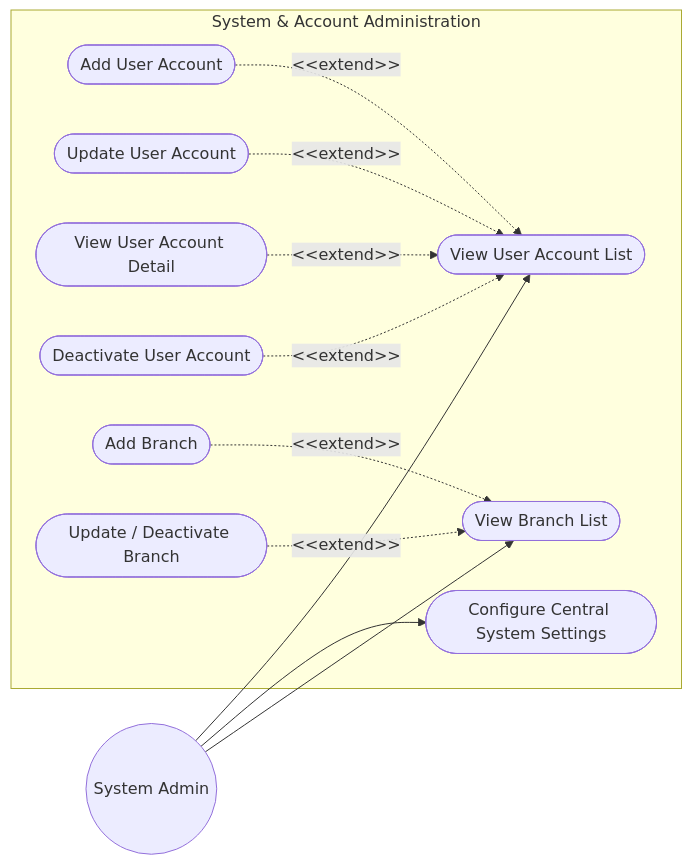
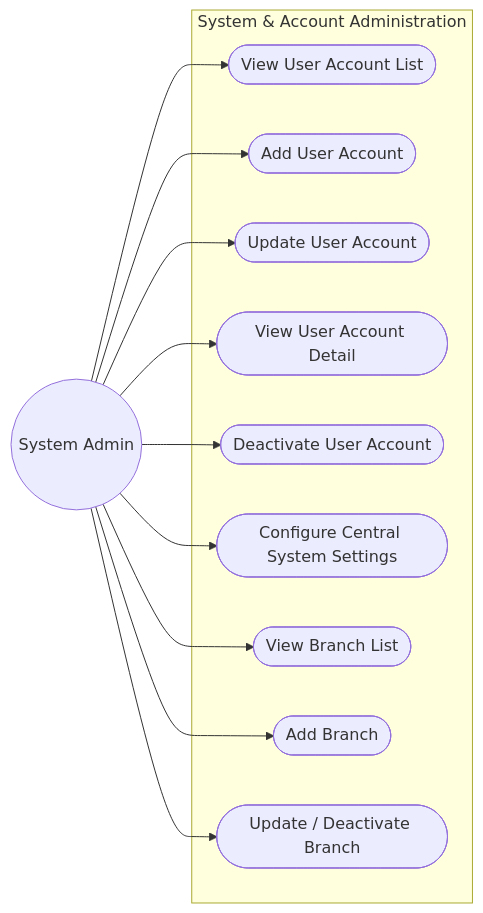
Before and after one commit to Shaichi/Khoga_coffe_shop: the fifth of 8 diagrams in sections/02_user_requirements.md, drawn with Mermaid. The commit also changed other lines of this file and 10 other files, not shown here.

````diff
--- a/sections/02_user_requirements.md
+++ b/sections/02_user_requirements.md
@@ -178,35 +189,33 @@
 ```mermaid
 graph LR
     %% Actors
     Actor_SysAdmin((System Admin))
 
     %% Use Cases
     subgraph System & Account Administration
         UC_ListUsers([View User Account List])
         UC_AddUser([Add User Account])
         UC_UpdateUser([Update User Account])
         UC_ViewUser([View User Account Detail])
         UC_DeactivateUser([Deactivate User Account])
 
         UC_ConfigCentral([Configure Central System Settings])
 
         UC_ListBranches([View Branch List])
         UC_AddBranch([Add Branch])
         UC_UpdateBranch([Update / Deactivate Branch])
     end
 
     %% System Admin Links
     Actor_SysAdmin --> UC_ListUsers
+    Actor_SysAdmin --> UC_AddUser
+    Actor_SysAdmin --> UC_UpdateUser
+    Actor_SysAdmin --> UC_ViewUser
+    Actor_SysAdmin --> UC_DeactivateUser
+
     Actor_SysAdmin --> UC_ConfigCentral
+
     Actor_SysAdmin --> UC_ListBranches
-
-    %% User extends
-    UC_AddUser -.-> |"&lt;&lt;extend&gt;&gt;"| UC_ListUsers
-    UC_UpdateUser -.-> |"&lt;&lt;extend&gt;&gt;"| UC_ListUsers
-    UC_ViewUser -.-> |"&lt;&lt;extend&gt;&gt;"| UC_ListUsers
-    UC_DeactivateUser -.-> |"&lt;&lt;extend&gt;&gt;"| UC_ListUsers
-
-    %% Branch extends
-    UC_AddBranch -.-> |"&lt;&lt;extend&gt;&gt;"| UC_ListBranches
-    UC_UpdateBranch -.-> |"&lt;&lt;extend&gt;&gt;"| UC_ListBranches
+    Actor_SysAdmin --> UC_AddBranch
+    Actor_SysAdmin --> UC_UpdateBranch
 ```
````
